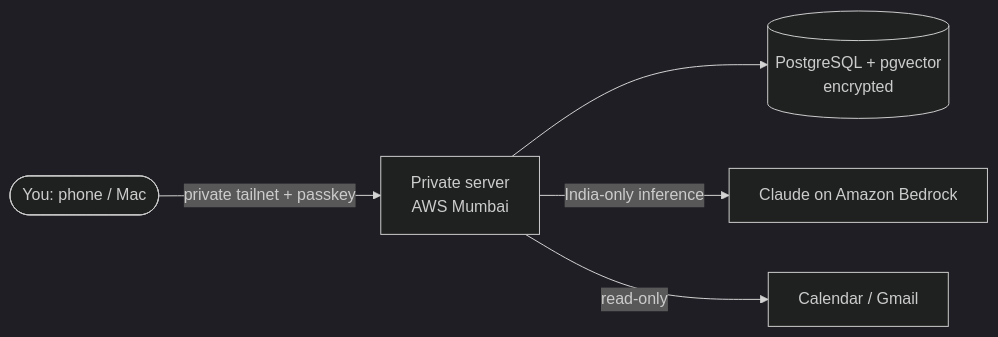
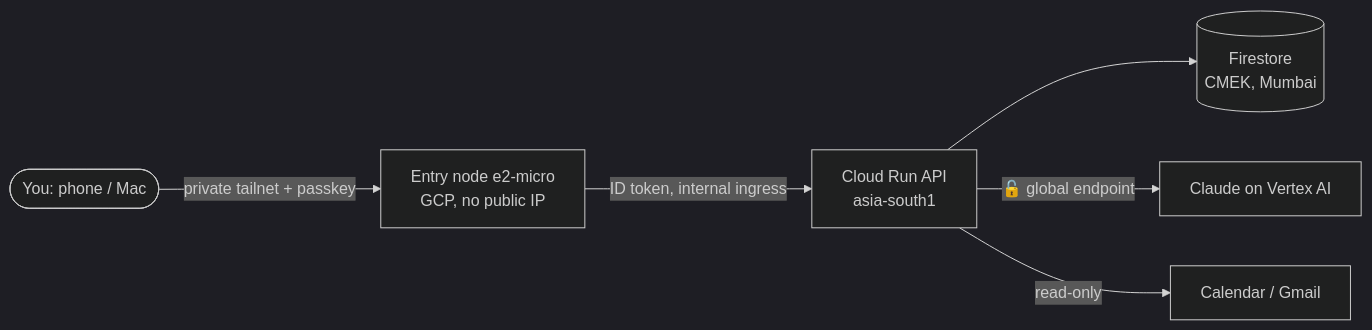
Before and after one commit to SharoffNIKHIL/Weekend2.0: the diagram in README.md, drawn with Mermaid (dark theme). The commit also changed other lines of this file and 91 other files, not shown here.

First line of the commit message:
feat(gcp)!: move Weekend 2.0 from AWS to Google Cloud (D4 decided)

````diff
--- a/README.md
+++ b/README.md
@@ -23,7 +23,8 @@
 ```mermaid
 flowchart LR
-  you([You: phone / Mac]) -- private tailnet + passkey --> server[Private server<br/>AWS Mumbai]
-  server --> db[(PostgreSQL + pgvector<br/>encrypted)]
-  server -- India-only inference --> llm[Claude on Amazon Bedrock]
-  server -- read-only --> conn[Calendar / Gmail]
+  you([You: phone / Mac]) -- private tailnet + passkey --> node[Entry node e2-micro<br/>GCP, no public IP]
+  node -- ID token, internal ingress --> api[Cloud Run API<br/>asia-south1]
+  api --> db[(Firestore<br/>CMEK, Mumbai)]
+  api -- "🔓 global endpoint" --> llm[Claude on Vertex AI]
+  api -- read-only --> conn[Calendar / Gmail]
 ```
````
